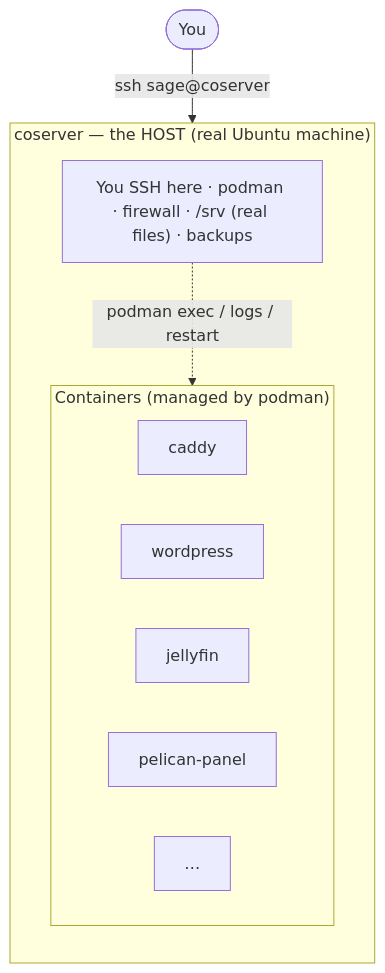
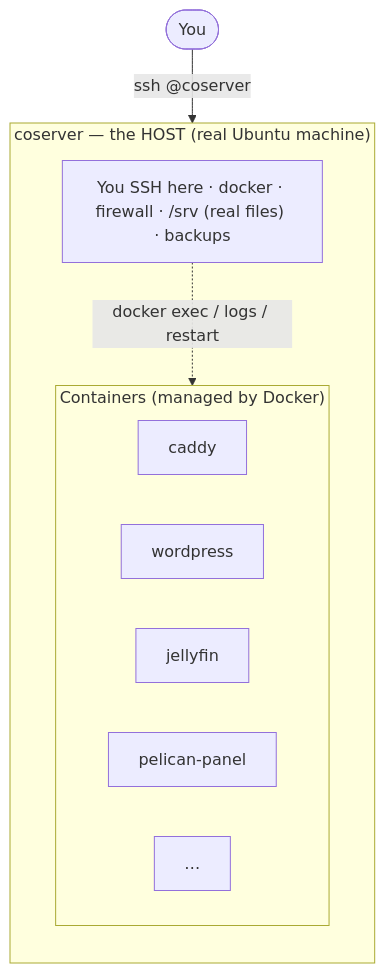
The diagram in docs/Container-Management.md (sage905/final), drawn with Mermaid before and after one commit. The commit also changed other lines of this file and 2 other files, not shown here.

````diff
--- a/docs/Container-Management.md
+++ b/docs/Container-Management.md
@@ -25,17 +25,17 @@
 ```mermaid
 flowchart TB
     subgraph HOST["coserver — the HOST (real Ubuntu machine)"]
         direction TB
-        tools["You SSH here · podman · firewall · /srv (real files) · backups"]
-        subgraph PODS["Containers (managed by podman)"]
+        tools["You SSH here · docker · firewall · /srv (real files) · backups"]
+        subgraph PODS["Containers (managed by Docker)"]
             direction LR
             c1["caddy"]
             c2["wordpress"]
             c3["jellyfin"]
             c4["pelican-panel"]
             c5["…"]
         end
     end
-    you([You]) -->|ssh sage@coserver| tools
-    tools -.->|podman exec / logs / restart| PODS
+    you([You]) -->|ssh <user>@coserver| tools
+    tools -.->|docker exec / logs / restart| PODS
 ```
````
